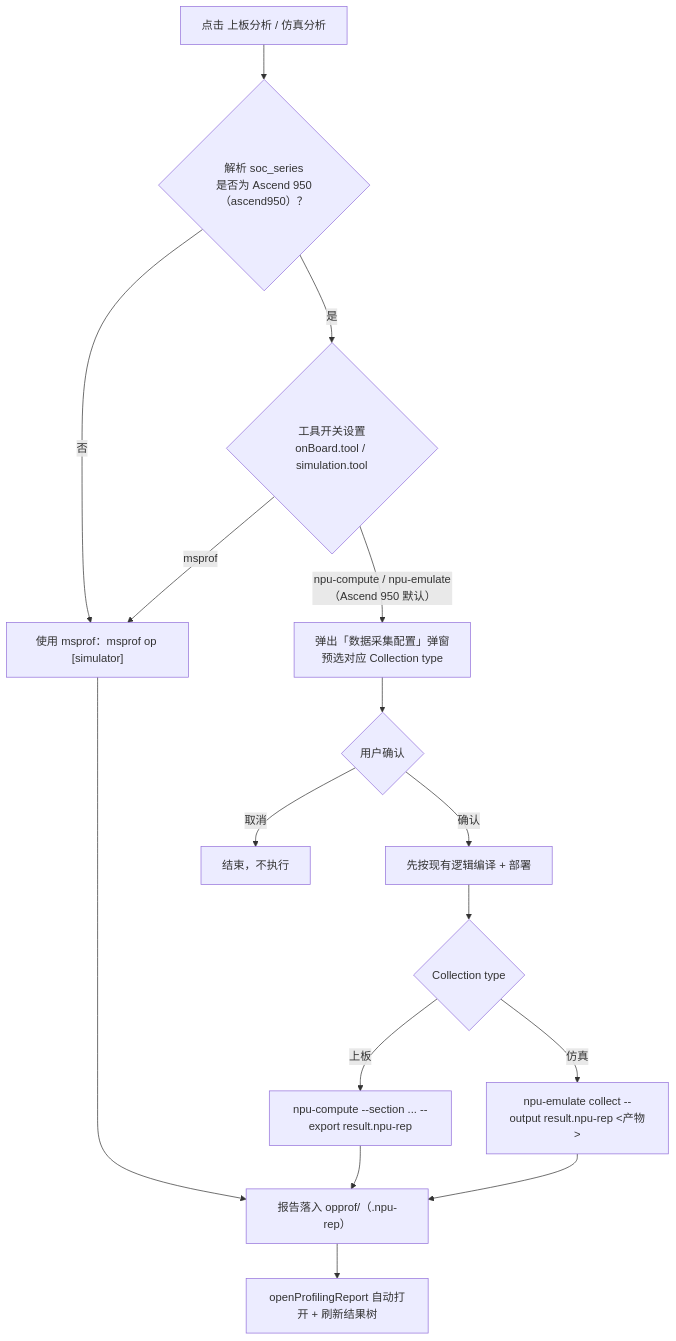
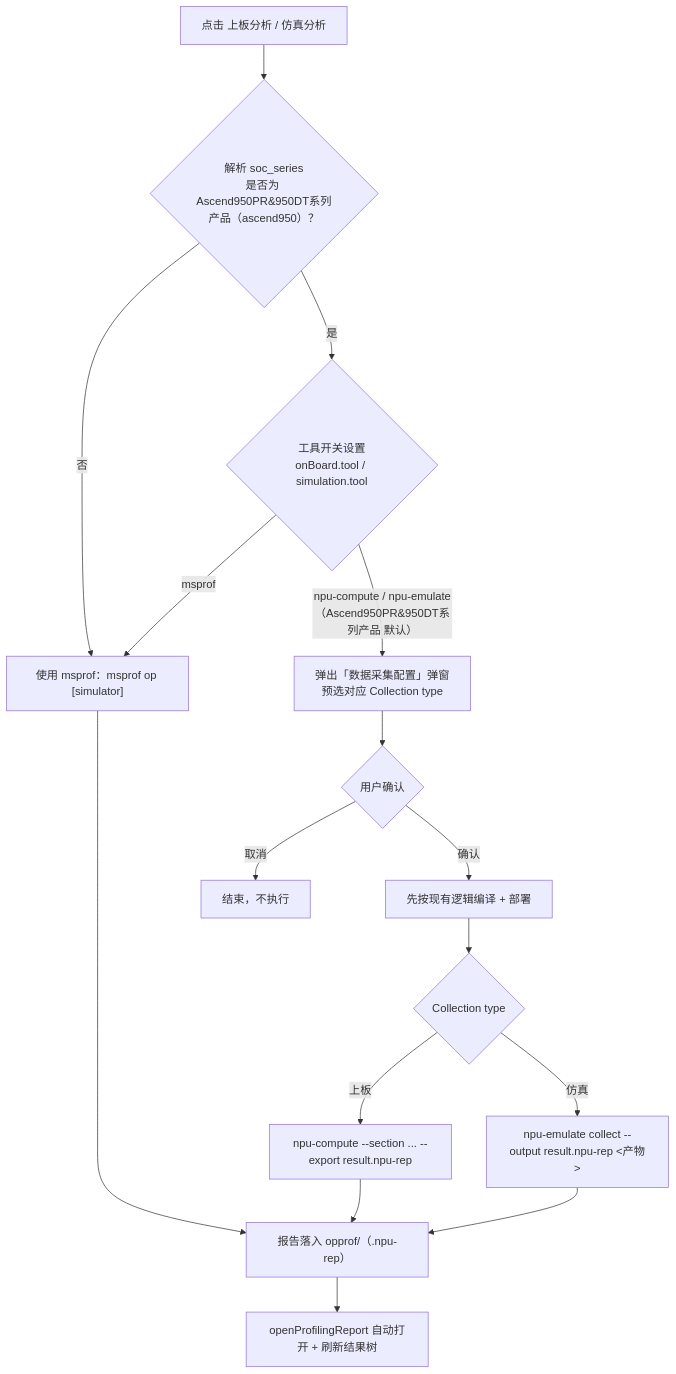
Before and after one commit to IdeFrontend/opdev_plugin: the fourth of 4 diagrams in docs/onboard_simulation_interaction.md, drawn with Mermaid. The commit also changed other lines of this file and 17 other files, not shown here.

````diff
--- a/docs/onboard_simulation_interaction.md
+++ b/docs/onboard_simulation_interaction.md
@@ -190,18 +190,18 @@
 ```mermaid
 flowchart TD
-  Click["点击 上板分析 / 仿真分析"] --> IsA5{"解析 soc_series<br/>是否为 Ascend 950（ascend950）？"}
-  IsA5 -->|否| Old["使用 msprof：msprof op [simulator]"]
-  IsA5 -->|是| ToolCfg{"工具开关设置<br/>onBoard.tool / simulation.tool"}
+  Click["点击 上板分析 / 仿真分析"] --> Is950{"解析 soc_series<br/>是否为 Ascend950PR&950DT系列产品（ascend950）？"}
+  Is950 -->|否| Old["使用 msprof：msprof op [simulator]"]
+  Is950 -->|是| ToolCfg{"工具开关设置<br/>onBoard.tool / simulation.tool"}
   ToolCfg -->|msprof| Old
-  ToolCfg -->|npu-compute / npu-emulate（Ascend 950 默认）| Dialog["弹出「数据采集配置」弹窗<br/>预选对应 Collection type"]
+  ToolCfg -->|npu-compute / npu-emulate（Ascend950PR&950DT系列产品 默认）| Dialog["弹出「数据采集配置」弹窗<br/>预选对应 Collection type"]
   Dialog --> Confirm{"用户确认"}
   Confirm -->|取消| Stop["结束，不执行"]
   Confirm -->|确认| Compile["先按现有逻辑编译 + 部署"]
   Compile --> NewTool{"Collection type"}
   NewTool -->|上板| NC["npu-compute --section ... --export result.npu-rep"]
   NewTool -->|仿真| NS["npu-emulate collect --output result.npu-rep <产物>"]
   NC --> Report["报告落入 opprof/<runId>（.npu-rep）"]
   NS --> Report
   Old --> Report
   Report --> AutoOpen["openProfilingReport 自动打开 + 刷新结果树"]
 ```
````
